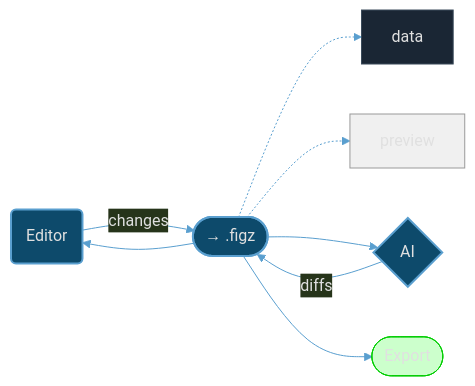
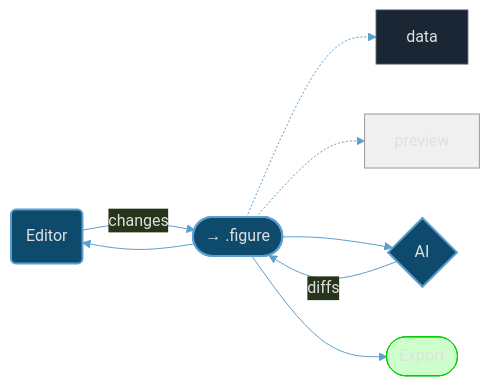
The diagram in src/scitex/diagram/.dev/output/workflow_split_B.mmd (ywatanabe1989/scitex-python), drawn with Mermaid before and after one commit. The commit also changed 93 other files, not shown here.

```diff
--- a/src/scitex/diagram/.dev/output/workflow_split_B.mmd
+++ b/src/scitex/diagram/.dev/output/workflow_split_B.mmd
@@ -1,20 +1,20 @@
 %%{init: {"theme": "base", "themeVariables": {"primaryColor": "#1a2634", "primaryTextColor": "#e0e0e0", "primaryBorderColor": "#3a4a5a", "lineColor": "#5a9fcf"}}}%%
 graph LR
     data_csv["data"]
     preview["preview"]
     editor("Editor")
     ai_review{"AI"}
     export(["Export"])
-    figz_bundle(["→ .figz"])
+    figz_bundle(["→ .figure"])
     figz_bundle -.-> data_csv
     figz_bundle -.-> preview
     figz_bundle --> editor
     editor -->|"changes"| figz_bundle
     figz_bundle --> ai_review
     ai_review -->|"diffs"| figz_bundle
     figz_bundle --> export
     style preview fill:#f0f0f0,stroke:#999999
     style editor fill:#0d4a6b,stroke:#5a9fcf,stroke-width:2px
     style ai_review fill:#0d4a6b,stroke:#5a9fcf,stroke-width:2px
     style export fill:#ccffcc,stroke:#00cc00
     style figz_bundle fill:#0d4a6b,stroke:#5a9fcf,stroke-width:2px
```
